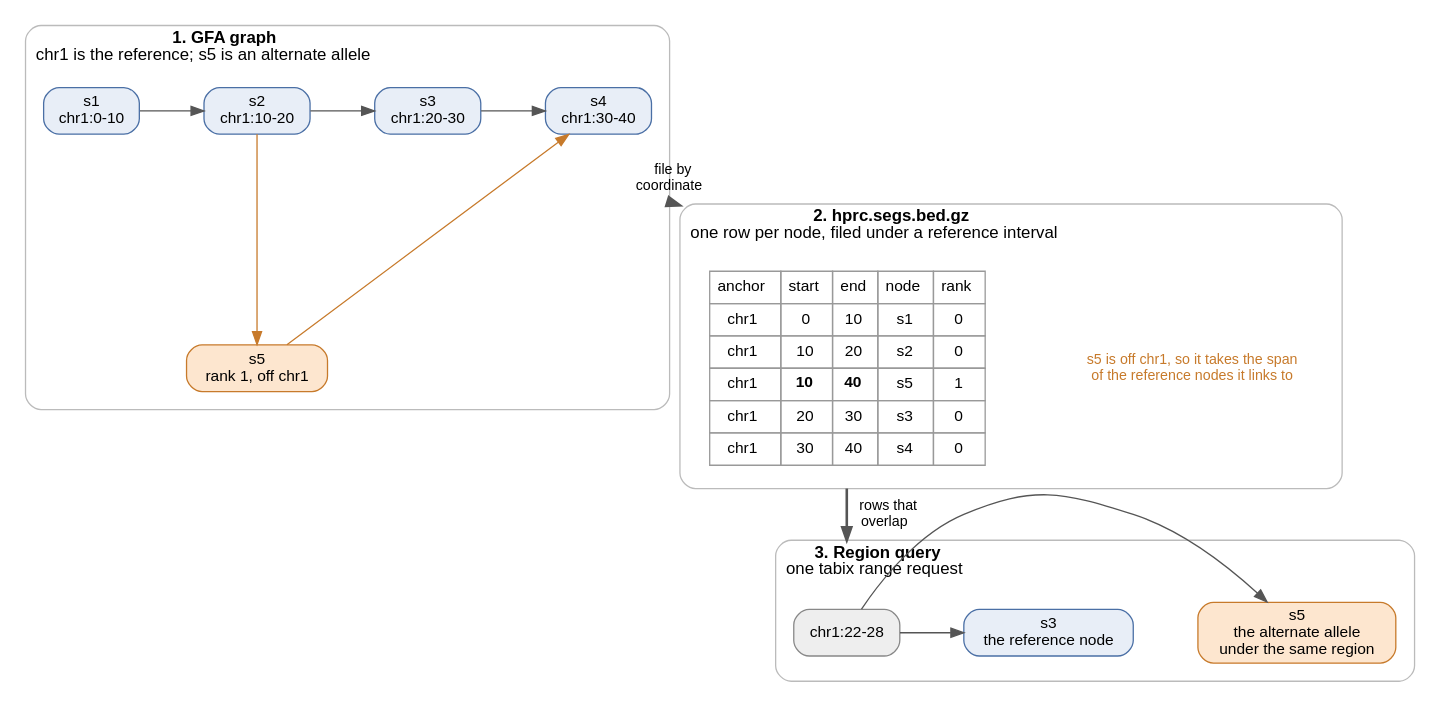
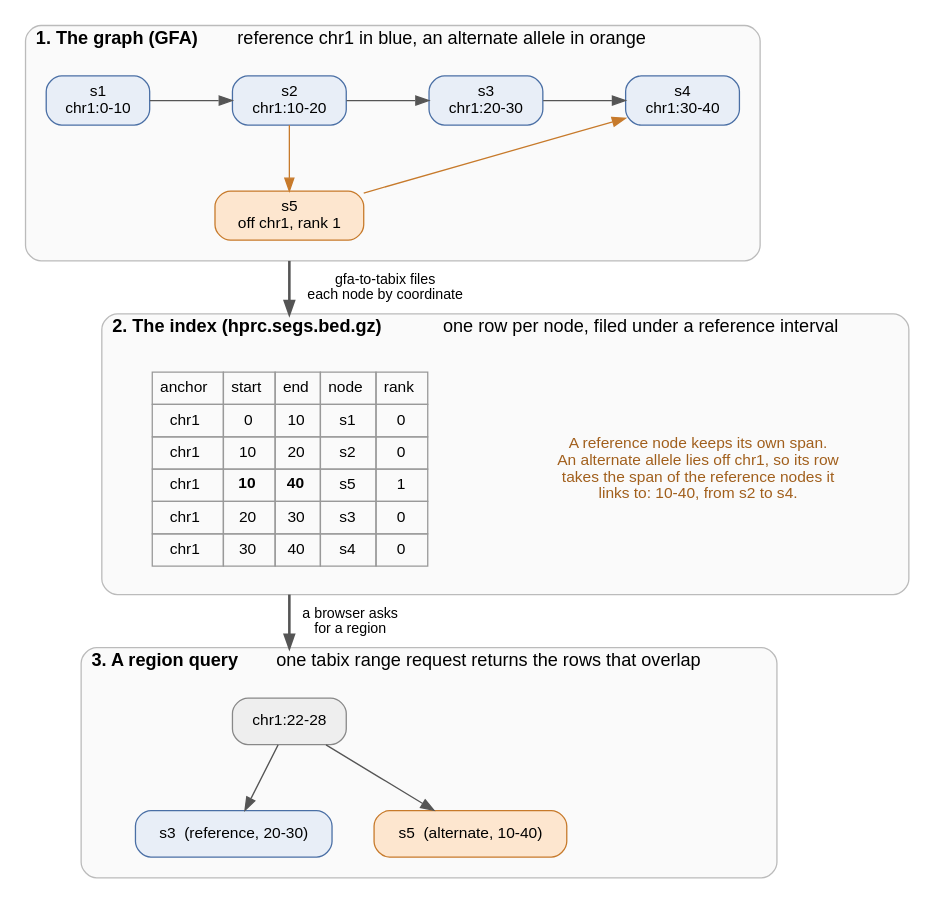
One commit to GMOD/gfa-to-tabix changed the diagram in docs/overview.dot. Above: the diagram before and after it, drawn with Graphviz. The commit also changed 1 other file, not shown here.

Commit message:
Overview figure: reference chain in order, panels linked by straight arrows, note on what an alternate allele's interval means

```diff
--- a/docs/overview.dot
+++ b/docs/overview.dot
@@ -1,73 +1,75 @@
+// Draw with: dot -Tsvg docs/overview.dot -o docs/overview.svg
 digraph overview {
   bgcolor="white"
   fontname="Helvetica"
   rankdir=TB
+  newrank=true
   compound=true
-  newrank=true
-  splines=true
-  nodesep=0.35
-  ranksep=0.6
-  node [fontname="Helvetica", fontsize=12, shape=box, style="filled,rounded", fillcolor="#e8eef7", color="#4a6fa5"]
+  nodesep=0.45
+  ranksep=0.7
+  node [fontname="Helvetica", fontsize=12, shape=box, style="filled,rounded", fillcolor="#e8eef7", color="#4a6fa5", margin="0.15,0.08"]
   edge [fontname="Helvetica", fontsize=11, color="#555555"]
 
   subgraph cluster_graph {
-    label=<<B>1. GFA graph</B><BR/>chr1 is the reference; s5 is an alternate allele>
+    label=<<B>1. The graph (GFA)</B>   reference chr1 in blue, an alternate allele in orange>
     labeljust=l
     fontname="Helvetica"
-    fontsize=13
+    fontsize=14
     color="#bbbbbb"
-    style="rounded"
-    margin=14
+    style="rounded,filled"
+    fillcolor="#fafafa"
+    margin=16
     s1 [label="s1\nchr1:0-10"]
     s2 [label="s2\nchr1:10-20"]
     s3 [label="s3\nchr1:20-30"]
     s4 [label="s4\nchr1:30-40"]
-    s5 [label="s5\nrank 1, off chr1", fillcolor="#fde6cf", color="#c77a2b"]
+    s5 [label="s5\noff chr1, rank 1", fillcolor="#fde6cf", color="#c77a2b"]
     {rank=same; s1; s2; s3; s4}
     s1 -> s2 -> s3 -> s4 [weight=20]
-    s2 -> s5 [color="#c77a2b", weight=1]
-    s5 -> s4 [color="#c77a2b", weight=1, constraint=false]
+    s2 -> s5 [color="#c77a2b"]
+    s5 -> s4 [color="#c77a2b", constraint=false]
   }
 
   subgraph cluster_files {
-    label=<<B>2. hprc.segs.bed.gz</B><BR/>one row per node, filed under a reference interval>
+    label=<<B>2. The index (hprc.segs.bed.gz)</B>   one row per node, filed under a reference interval>
     labeljust=l
     fontname="Helvetica"
-    fontsize=13
+    fontsize=14
     color="#bbbbbb"
-    style="rounded"
-    margin=14
+    style="rounded,filled"
+    fillcolor="#fafafa"
+    margin=16
     rows [shape=plaintext, style="", label=<
       <TABLE BORDER="0" CELLBORDER="1" CELLSPACING="0" CELLPADDING="5" COLOR="#999999">
         <TR BGCOLOR="#dddddd"><TD>anchor</TD><TD>start</TD><TD>end</TD><TD>node</TD><TD>rank</TD></TR>
-        <TR><TD>chr1</TD><TD>0</TD><TD>10</TD><TD>s1</TD><TD>0</TD></TR>
-        <TR><TD>chr1</TD><TD>10</TD><TD>20</TD><TD>s2</TD><TD>0</TD></TR>
+        <TR BGCOLOR="#e8eef7"><TD>chr1</TD><TD>0</TD><TD>10</TD><TD>s1</TD><TD>0</TD></TR>
+        <TR BGCOLOR="#e8eef7"><TD>chr1</TD><TD>10</TD><TD>20</TD><TD>s2</TD><TD>0</TD></TR>
         <TR BGCOLOR="#fde6cf"><TD>chr1</TD><TD><B>10</B></TD><TD><B>40</B></TD><TD>s5</TD><TD>1</TD></TR>
-        <TR><TD>chr1</TD><TD>20</TD><TD>30</TD><TD>s3</TD><TD>0</TD></TR>
-        <TR><TD>chr1</TD><TD>30</TD><TD>40</TD><TD>s4</TD><TD>0</TD></TR>
+        <TR BGCOLOR="#e8eef7"><TD>chr1</TD><TD>20</TD><TD>30</TD><TD>s3</TD><TD>0</TD></TR>
+        <TR BGCOLOR="#e8eef7"><TD>chr1</TD><TD>30</TD><TD>40</TD><TD>s4</TD><TD>0</TD></TR>
       </TABLE>>]
-    note [shape=plaintext, style="", fontsize=11, fontcolor="#c77a2b", label="s5 is off chr1, so it takes the span\nof the reference nodes it links to"]
+    note [shape=plaintext, style="", fontsize=12, fontcolor="#a15f1c", label="A reference node keeps its own span.\nAn alternate allele lies off chr1, so its row\ntakes the span of the reference nodes it\nlinks to: 10-40, from s2 to s4."]
     {rank=same; rows; note}
     rows -> note [style=invis]
   }
 
   subgraph cluster_query {
-    label=<<B>3. Region query</B><BR/>one tabix range request>
+    label=<<B>3. A region query</B>   one tabix range request returns the rows that overlap>
     labeljust=l
     fontname="Helvetica"
-    fontsize=13
+    fontsize=14
     color="#bbbbbb"
-    style="rounded"
-    margin=14
+    style="rounded,filled"
+    fillcolor="#fafafa"
+    margin=16
     q [label="chr1:22-28", fillcolor="#eeeeee", color="#888888"]
-    r3 [label="s3\nthe reference node", fillcolor="#e8eef7"]
-    r5 [label="s5\nthe alternate allele\nunder the same region", fillcolor="#fde6cf", color="#c77a2b"]
-    {rank=same; q; r3; r5}
-    q -> r3 [weight=10]
-    r3 -> r5 [style=invis, weight=10]
-    q -> r5 [constraint=false]
+    r3 [label="s3  (reference, 20-30)"]
+    r5 [label="s5  (alternate, 10-40)", fillcolor="#fde6cf", color="#c77a2b"]
+    {rank=same; r3; r5}
+    q -> r3
+    q -> r5
   }
 
-  s2 -> rows [ltail=cluster_graph, lhead=cluster_files, label="  file by\n  coordinate  ", style=bold]
-  rows -> q [ltail=cluster_files, lhead=cluster_query, label="  rows that\n  overlap  ", style=bold]
+  s5 -> rows [ltail=cluster_graph, lhead=cluster_files, label="  gfa-to-tabix files\n  each node by coordinate", penwidth=2]
+  rows -> q [ltail=cluster_files, lhead=cluster_query, label="  a browser asks\n  for a region", penwidth=2]
 }
```
